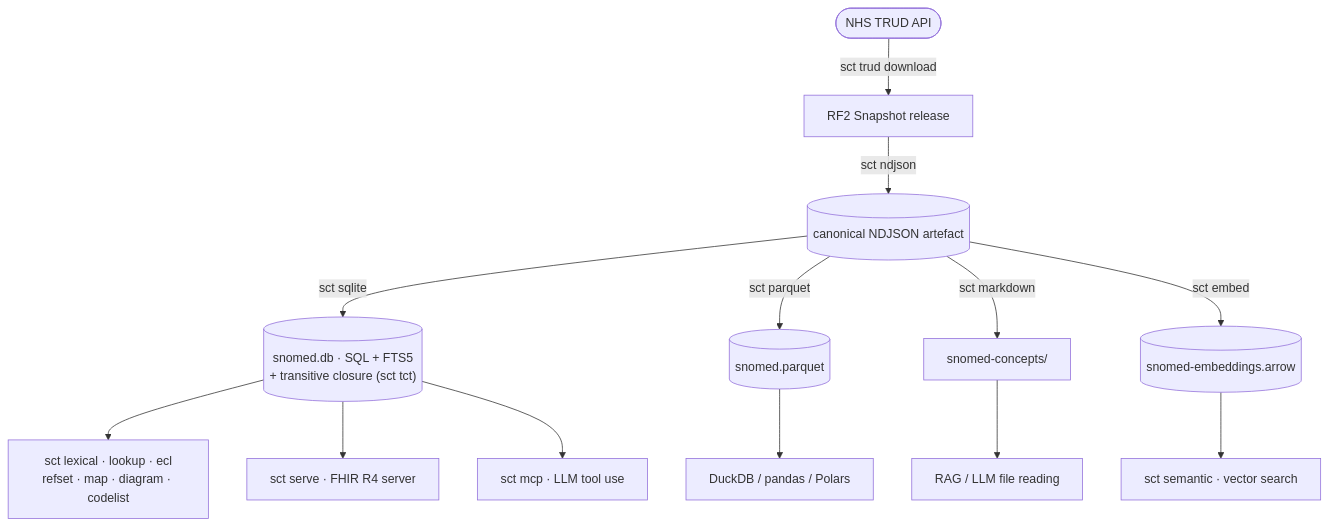
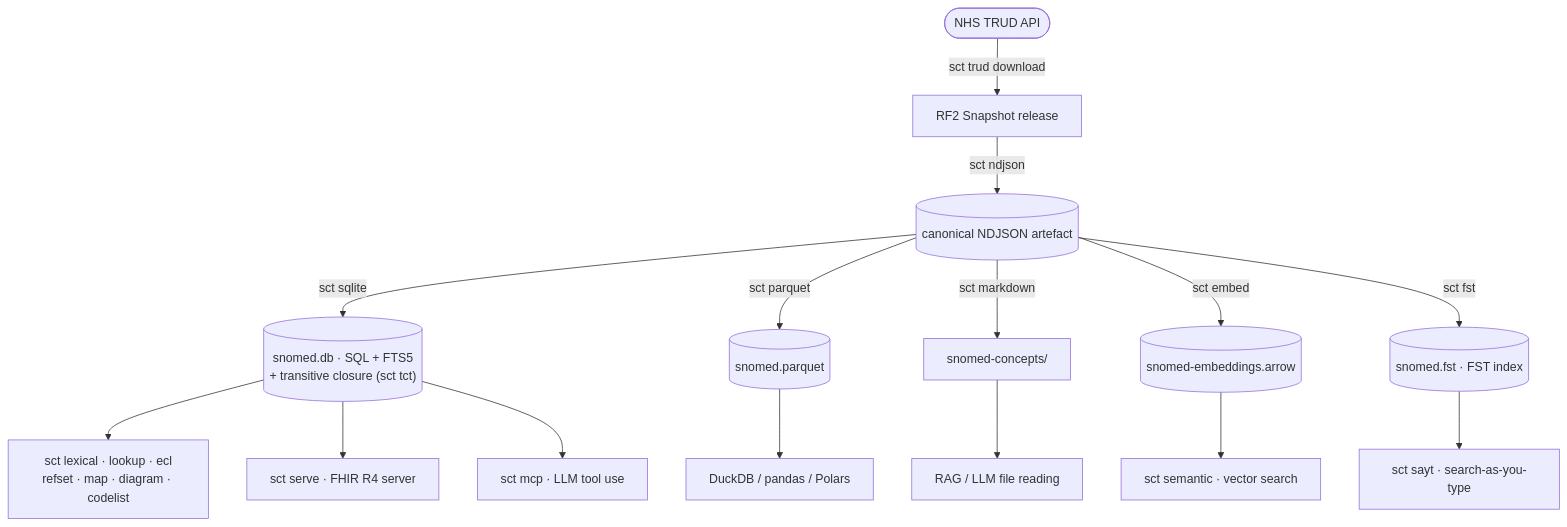
One commit to devachnid/sct changed the diagram in README.md. Above: the diagram before and after it, drawn with Mermaid. The commit also changed other lines of this file and 12 other files, not shown here.

First line of the commit message:
feat(sayt): search-as-you-type over the FST index (TUI + stdio + HTTP)

````diff
--- a/README.md
+++ b/README.md
@@ -7,17 +7,19 @@
 ```mermaid
 flowchart TD
     TRUD(["NHS TRUD API"]) -->|"sct trud download"| RF2["RF2 Snapshot release"]
     RF2 -->|"sct ndjson"| N[("canonical NDJSON artefact")]
 
     N -->|"sct sqlite"| DB[("snomed.db · SQL + FTS5<br/>+ transitive closure (sct tct)")]
     N -->|"sct parquet"| PQ[("snomed.parquet")]
     N -->|"sct markdown"| MD["snomed-concepts/"]
     N -->|"sct embed"| AR[("snomed-embeddings.arrow")]
 
     DB --> QUERY["sct lexical · lookup · ecl<br/>refset · map · diagram · codelist"]
+    N -->|"sct fst"| FST[("snomed.fst · FST index")]
+    FST --> SAYT["sct sayt · search-as-you-type"]
     DB --> SERVE["sct serve · FHIR R4 server"]
     DB --> MCP["sct mcp · LLM tool use"]
     AR --> SEM["sct semantic · vector search"]
     PQ --> DUCK["DuckDB / pandas / Polars"]
     MD --> RAG["RAG / LLM file reading"]
 ```
````
